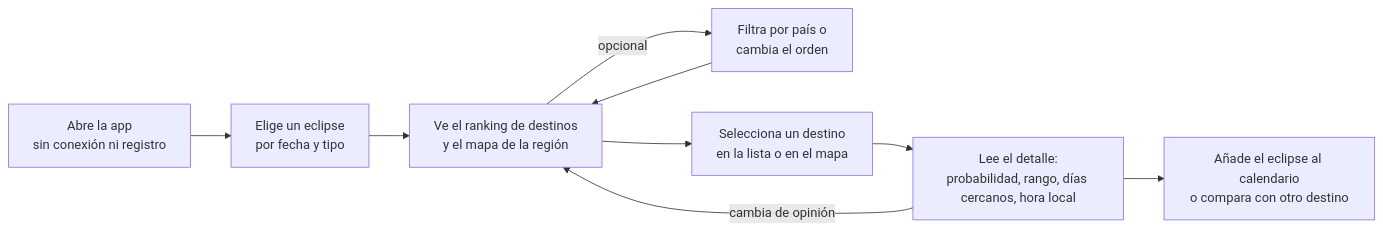
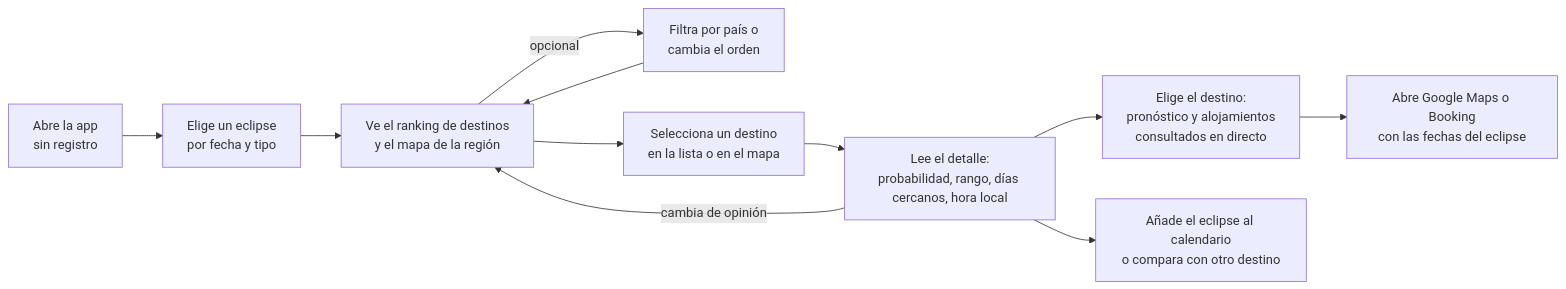
One commit to alvaromedinaro-png/Proyecto_TFM changed the first of 2 diagrams in docs/entregas/04_diseno_frontal_ux.md. Above: the diagram before and after it, drawn with Mermaid. The commit also changed other lines of this file and 8 other files, not shown here.

Commit message:
Panel del destino: pronóstico y alojamientos en directo con enlaces a Google Maps y Booking

````diff
--- a/docs/entregas/04_diseno_frontal_ux.md
+++ b/docs/entregas/04_diseno_frontal_ux.md
@@ -29,11 +30,13 @@
 ```mermaid
 flowchart LR
-    A[Abre la app<br/>sin conexión ni registro] --> B[Elige un eclipse<br/>por fecha y tipo]
+    A[Abre la app<br/>sin registro] --> B[Elige un eclipse<br/>por fecha y tipo]
     B --> C[Ve el ranking de destinos<br/>y el mapa de la región]
     C -->|opcional| D[Filtra por país o<br/>cambia el orden]
     D --> C
     C --> E[Selecciona un destino<br/>en la lista o en el mapa]
     E --> F[Lee el detalle:<br/>probabilidad, rango, días cercanos, hora local]
+    F --> H[Elige el destino:<br/>pronóstico y alojamientos<br/>consultados en directo]
+    H --> I[Abre Google Maps o Booking<br/>con las fechas del eclipse]
     F --> G[Añade el eclipse al calendario<br/>o compara con otro destino]
     F -->|cambia de opinión| C
 ```
````
